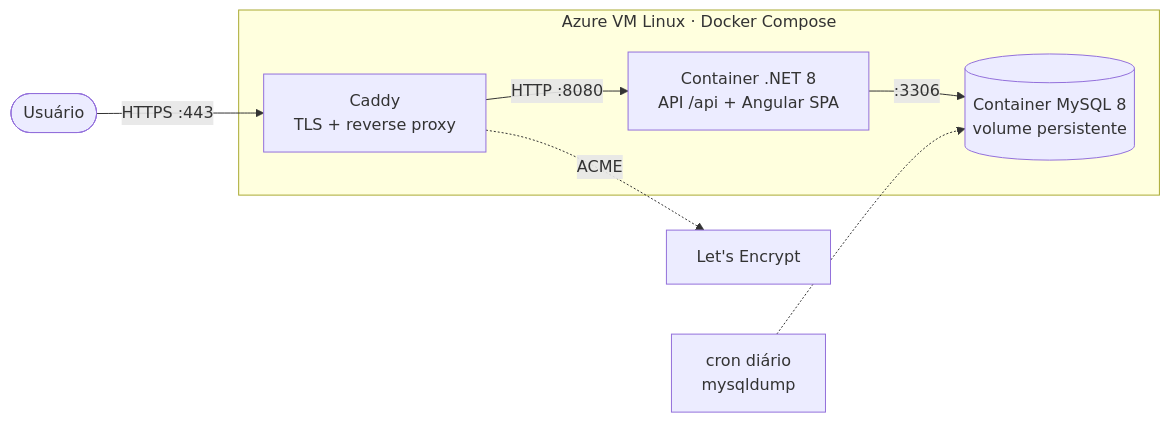
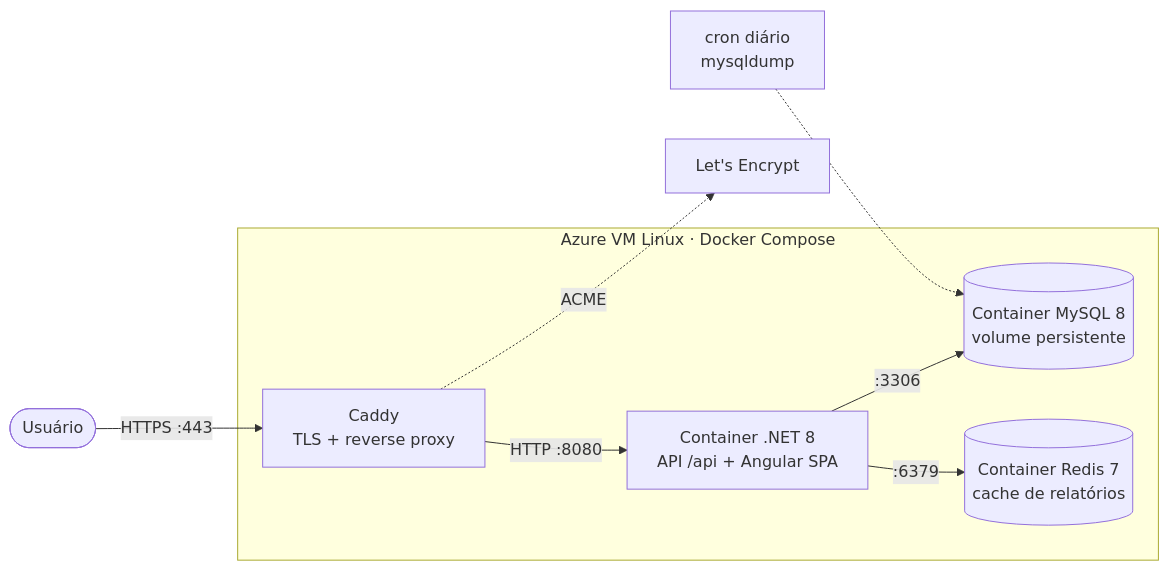
The diagram in README.md (rafacavalcante60/GestaoFacil), drawn with Mermaid before and after one commit. The commit also changed other lines of this file and 16 other files, not shown here.

First line of the commit message:
feat: cache de relatorios com Redis (IDistributedCache)

````diff
--- a/README.md
+++ b/README.md
@@ -55,10 +63,11 @@
 ```mermaid
 flowchart LR
     User([Usuário]) -->|HTTPS :443| Caddy
     subgraph VM["Azure VM Linux · Docker Compose"]
         Caddy[Caddy<br/>TLS + reverse proxy] -->|HTTP :8080| App[Container .NET 8<br/>API /api + Angular SPA]
         App -->|:3306| DB[(Container MySQL 8<br/>volume persistente)]
+        App -->|:6379| Redis[(Container Redis 7<br/>cache de relatórios)]
     end
     Caddy -.->|ACME| LE[Let's Encrypt]
     Backup[cron diário<br/>mysqldump] -.-> DB
 ```
````
